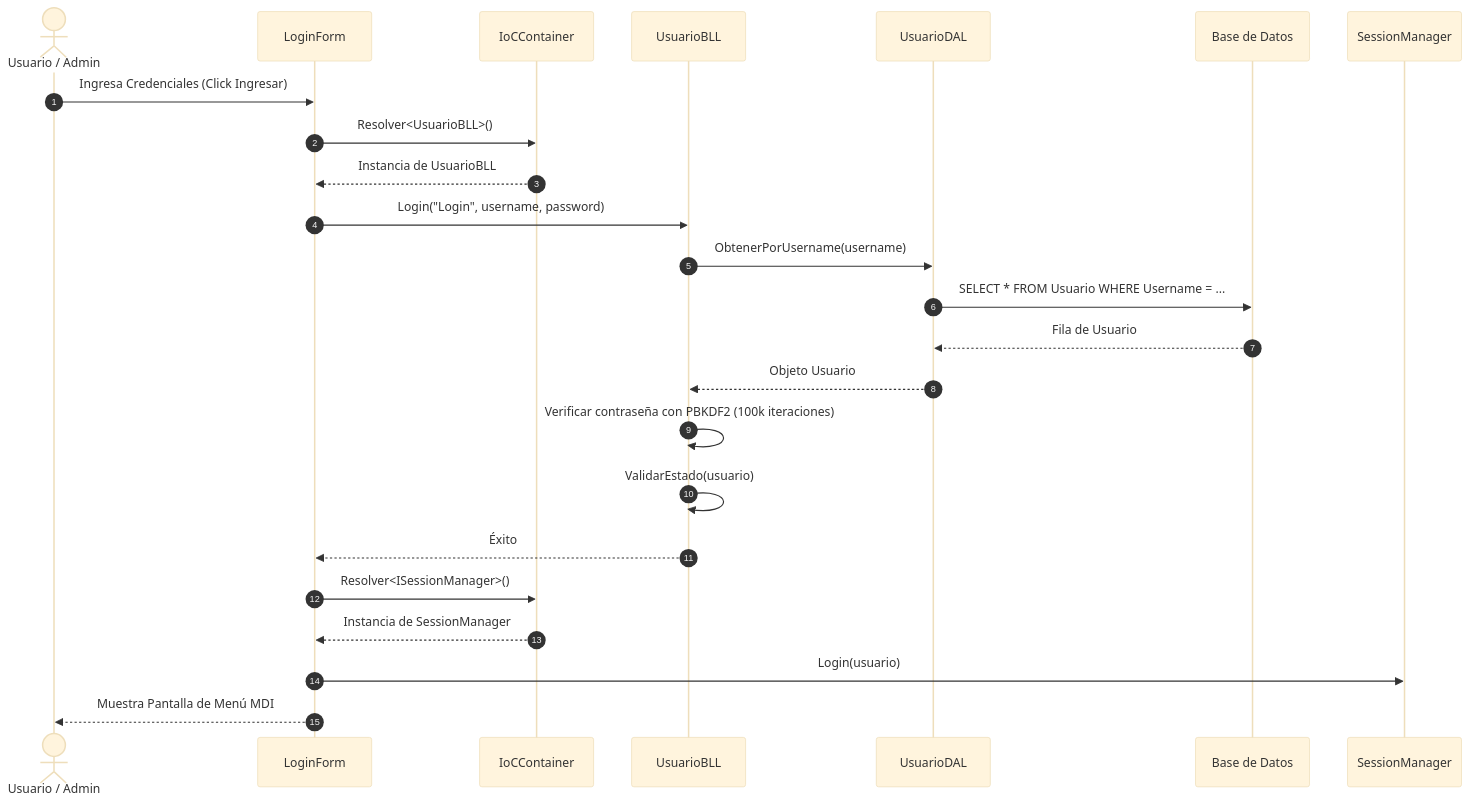
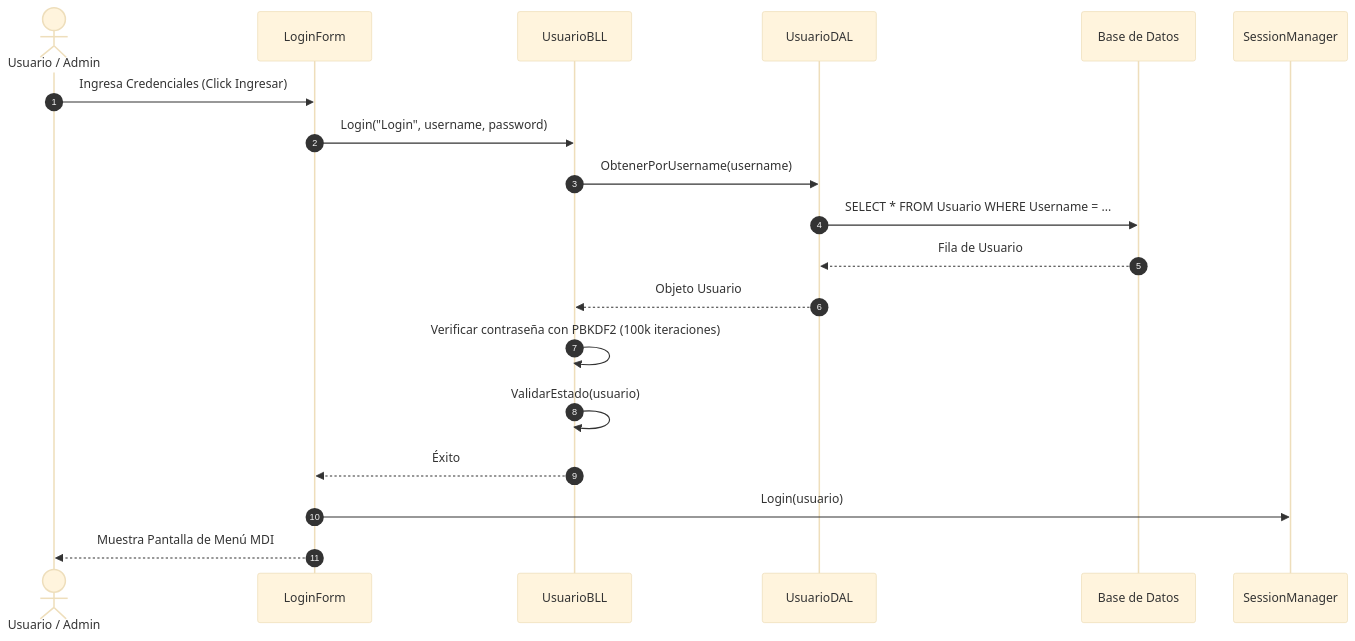
The sixth of 25 diagrams in Documentacion/diagrams_code.md (LautiSmyth/Stach), drawn with Mermaid (base theme) before and after one commit. The commit also changed other lines of this file, not shown here.

Commit message:
Docs: Restructurar codigos de diagramas organizados por Entrega 1 y Entrega 2 de Excel

````diff
--- a/Documentacion/diagrams_code.md
+++ b/Documentacion/diagrams_code.md
@@ -395,26 +149,21 @@
 ```mermaid
 sequenceDiagram
     autonumber
     actor Admin as Usuario / Admin
     participant GUI as LoginForm
-    participant IoC as IoCContainer
     participant BLL as UsuarioBLL
     participant DAL as UsuarioDAL
     participant DB as Base de Datos
 
     Admin->>GUI: Ingresa Credenciales (Click Ingresar)
-    GUI->>IoC: Resolver<UsuarioBLL>()
-    IoC-->>GUI: Instancia de UsuarioBLL
     GUI->>BLL: Login("Login", username, password)
     BLL->>DAL: ObtenerPorUsername(username)
     DAL->>DB: SELECT * FROM Usuario WHERE Username = ...
     DB-->>DAL: Fila de Usuario
     DAL-->>BLL: Objeto Usuario
     BLL->>BLL: Verificar contraseña con PBKDF2 (100k iteraciones)
     BLL->>BLL: ValidarEstado(usuario)
     BLL-->>GUI: Éxito
-    GUI->>IoC: Resolver<ISessionManager>()
-    IoC-->>GUI: Instancia de SessionManager
     GUI->>SessionManager: Login(usuario)
     GUI-->>Admin: Muestra Pantalla de Menú MDI
 ```
````
